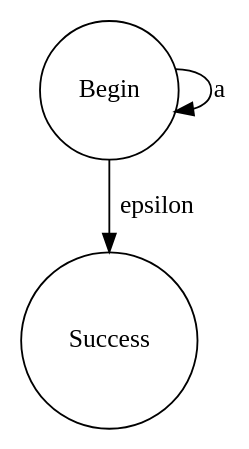
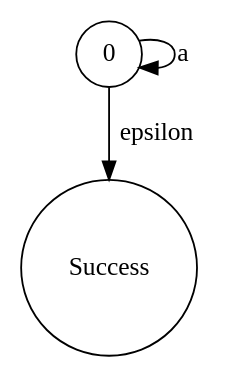
The diagram in MyRegEngine/bin/Debug/netcoreapp3.1/TestCase2.dot (ayanamists/MyRegEngine), drawn with Graphviz before and after one commit. The commit also changed 55 other files, not shown here.

```diff
--- a/MyRegEngine/bin/Debug/netcoreapp3.1/TestCase2.dot
+++ b/MyRegEngine/bin/Debug/netcoreapp3.1/TestCase2.dot
@@ -1,1 +1,1 @@
-digraph TestCase2 { 0 [shape=circle,label="Begin"]; 1 [shape=circle,label="Success"]; 0 -> 0[label="a"]; 0 -> 1[label="epsilon"]; }
+digraph TestCase2 { 0 [shape=circle,label="0"]; 1 [shape=circle,label="Success"]; 0 -> 0[label="a"]; 0 -> 1[label="epsilon"]; }
```
